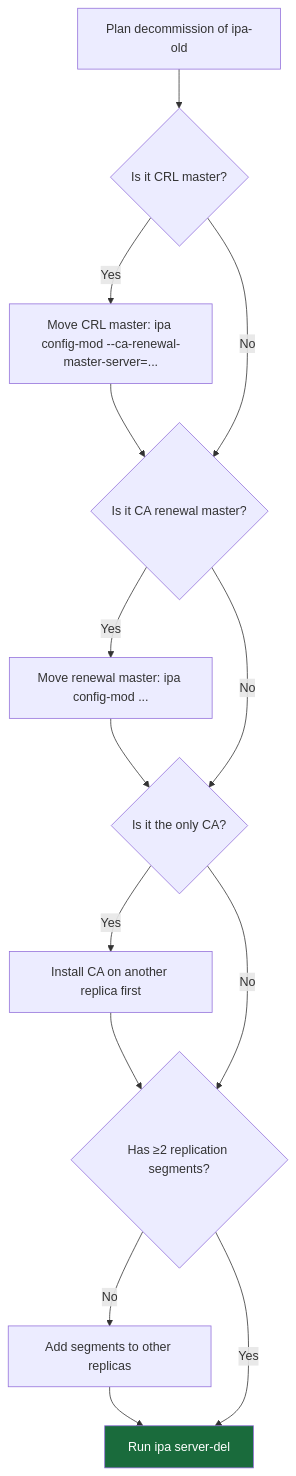
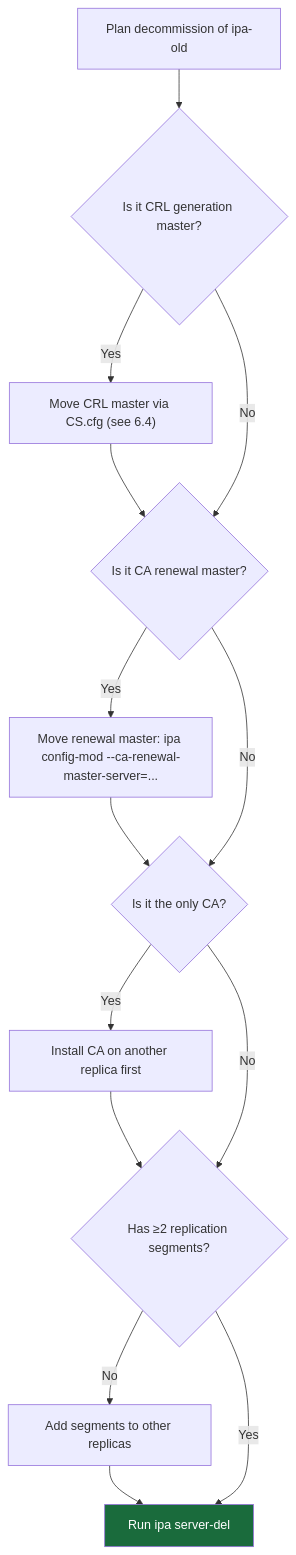
One commit to UncleJS/course_FreeIPA changed diagram 13 of 15 in 12_replication_topology.md. Above: the diagram before and after it, drawn with Mermaid. The commit also changed other lines of this file and 24 other files, not shown here.

````diff
--- a/12_replication_topology.md
+++ b/12_replication_topology.md
@@ -752,13 +782,13 @@
 ```mermaid
 flowchart TD
-    A[Plan decommission of ipa-old] --> B{Is it CRL master?}
-    B -- Yes --> B1[Move CRL master: ipa config-mod --ca-renewal-master-server=...] --> C
+    A[Plan decommission of ipa-old] --> B{Is it CRL generation master?}
+    B -- Yes --> B1["Move CRL master via CS.cfg (see 6.4)"] --> C
     B -- No --> C{Is it CA renewal master?}
-    C -- Yes --> C1[Move renewal master: ipa config-mod ...] --> D
+    C -- Yes --> C1["Move renewal master: ipa config-mod --ca-renewal-master-server=..."] --> D
     C -- No --> D{Is it the only CA?}
     D -- Yes --> D1[Install CA on another replica first] --> E
     D -- No --> E{Has ≥2 replication segments?}
     E -- No --> E1[Add segments to other replicas] --> F
     E -- Yes --> F[Run ipa server-del]
     style F fill:#1a6b3c,color:#fff
 ```
````
